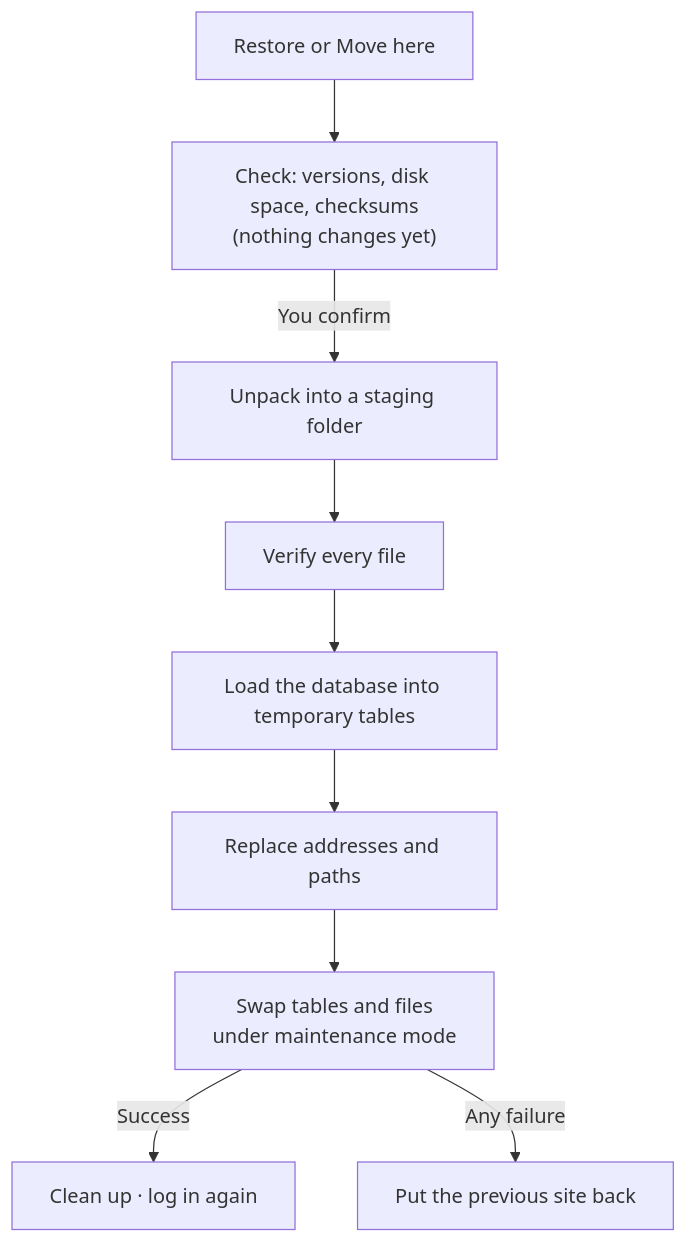
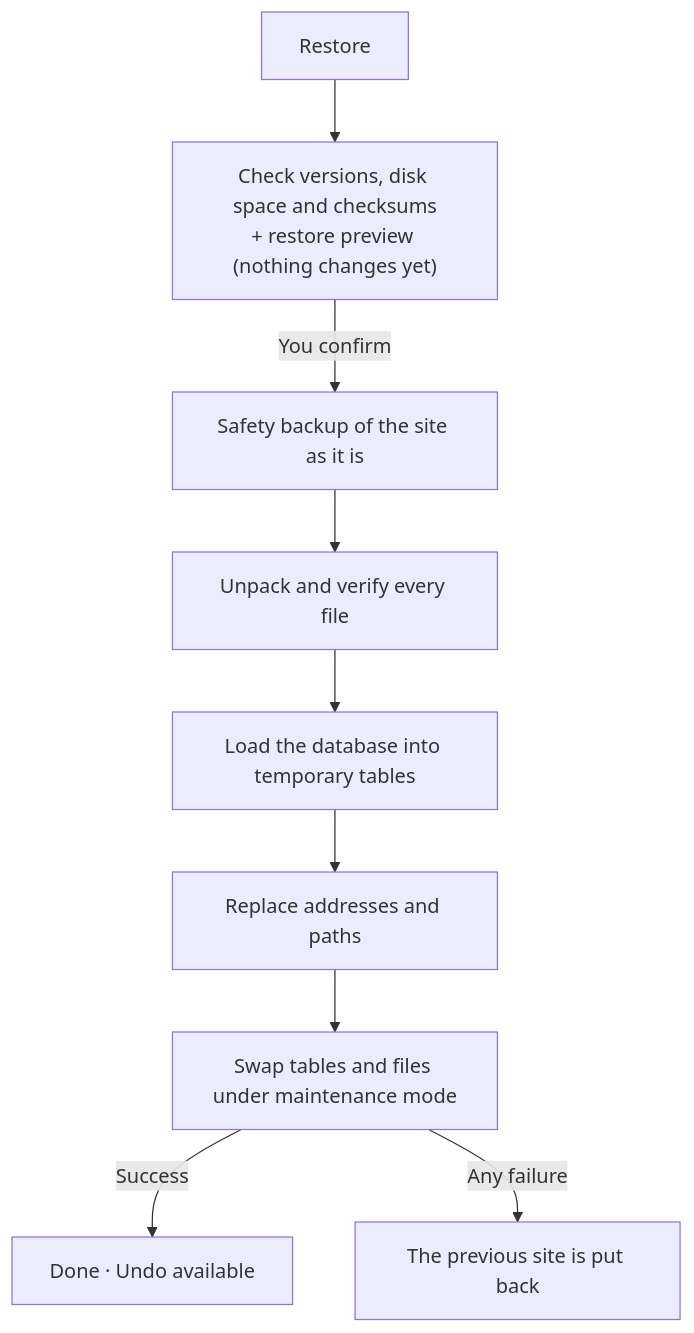
Before and after one commit to ihamzarizvi/siteferry: the diagram in README.md, drawn with Mermaid. The commit also changed other lines of this file, not shown here.

First line of the commit message:
README: every feature up to 0.45.0, written for search

````diff
--- a/README.md
+++ b/README.md
@@ -155,11 +217,11 @@
 ```mermaid
 flowchart TD
-    S["Restore or Move here"] --> K["Check: versions, disk space, checksums<br/>(nothing changes yet)"]
-    K -->|"You confirm"| U["Unpack into a staging folder"]
-    U --> V["Verify every file"]
-    V --> DB["Load the database into temporary tables"]
+    S["Restore"] --> K["Check versions, disk space and checksums<br/>+ restore preview (nothing changes yet)"]
+    K -->|"You confirm"| B["Safety backup of the site as it is"]
+    B --> U["Unpack and verify every file"]
+    U --> DB["Load the database into temporary tables"]
     DB --> R["Replace addresses and paths"]
-    R --> W["Swap tables and files<br/>under maintenance mode"]
-    W -->|"Success"| OK["Clean up · log in again"]
-    W -->|"Any failure"| RB["Put the previous site back"]
+    R --> W["Swap tables and files under maintenance mode"]
+    W -->|"Success"| OK["Done · Undo available"]
+    W -->|"Any failure"| RB["The previous site is put back"]
 ```
````
